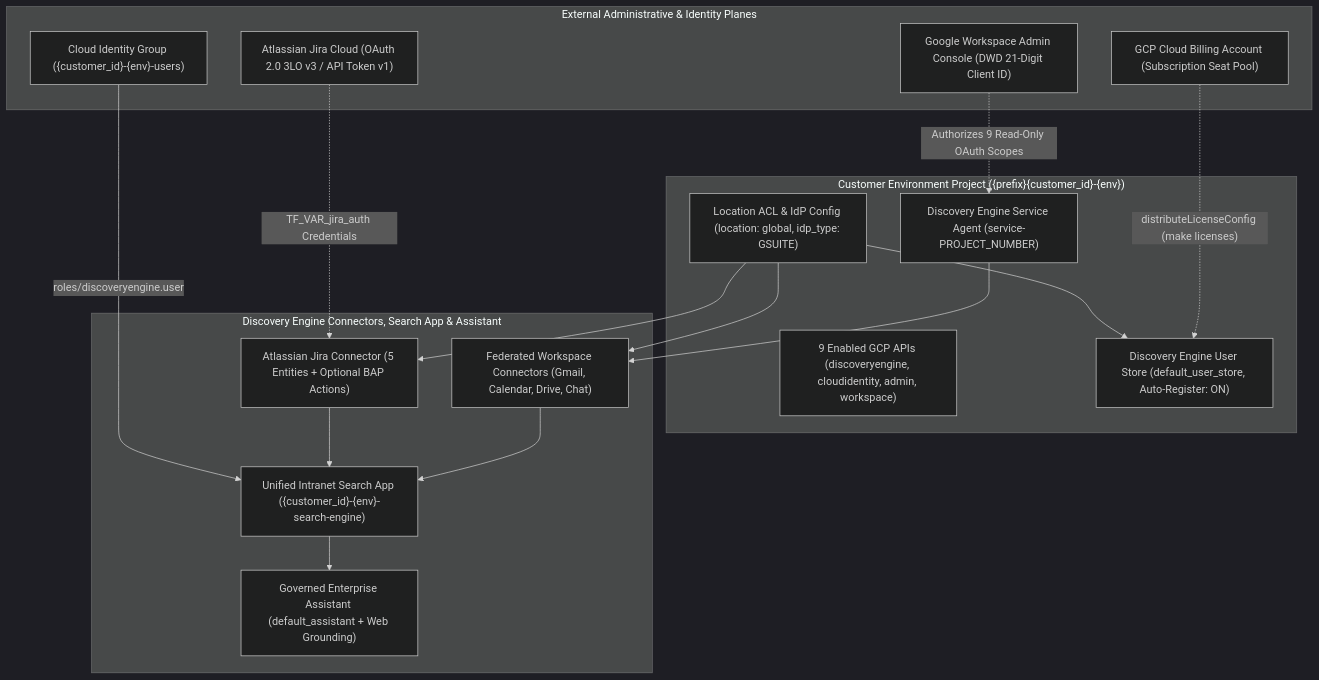
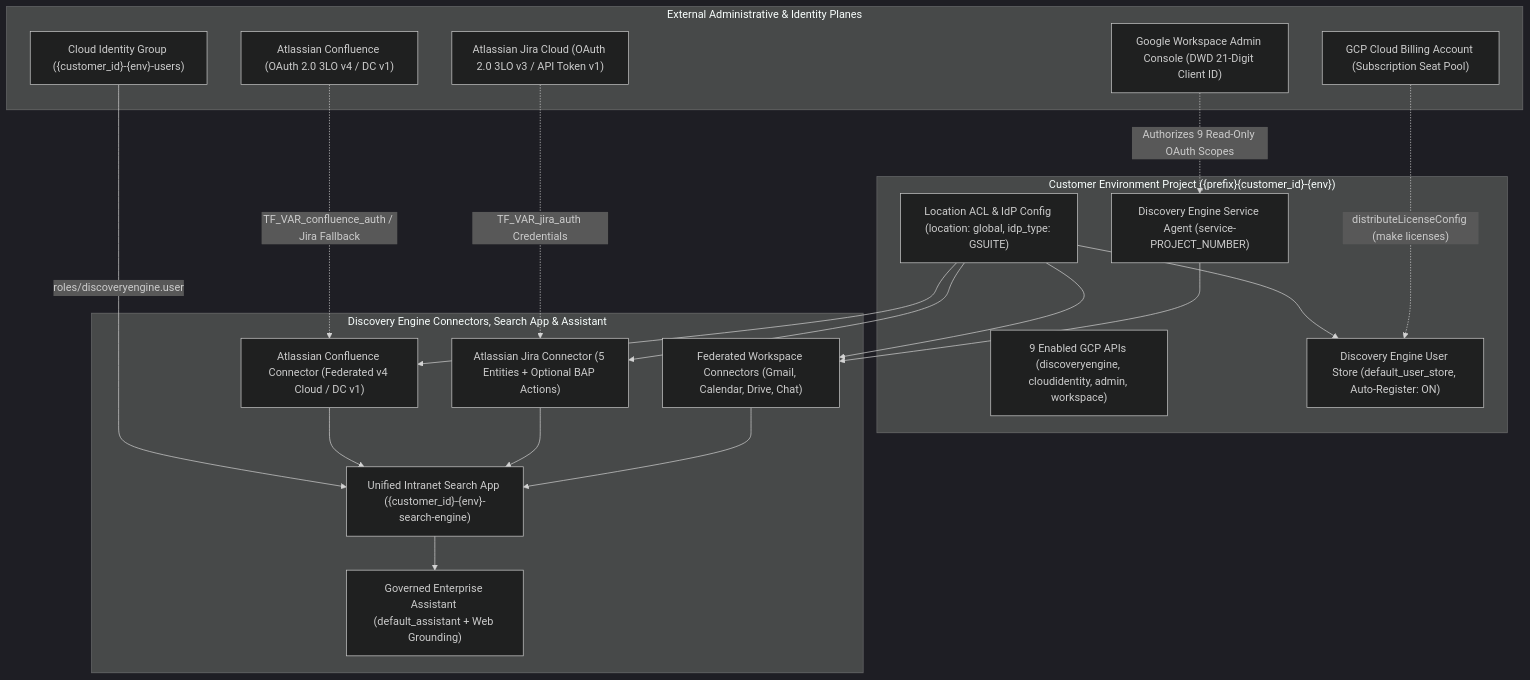
Before and after one commit to pedroccorreia/gemini-prism: the first of 3 diagrams in PRACTITIONERS_GUIDE.md, drawn with Mermaid (dark theme). The commit also changed other lines of this file and 13 other files, not shown here.

Commit message:
feat(connector): add Atlassian Confluence federated data connector

````diff
--- a/PRACTITIONERS_GUIDE.md
+++ b/PRACTITIONERS_GUIDE.md
@@ -17,35 +17,40 @@
 ```mermaid
 flowchart TD
   subgraph AdminPlanes["External Administrative & Identity Planes"]
     WSGroup["Cloud Identity Group ({customer_id}-{env}-users)"]
     WSAdmin["Google Workspace Admin Console (DWD 21-Digit Client ID)"]
     JiraCloud["Atlassian Jira Cloud (OAuth 2.0 3LO v3 / API Token v1)"]
+    ConfluenceCloud["Atlassian Confluence (OAuth 2.0 3LO v4 / DC v1)"]
     BillingPool["GCP Cloud Billing Account (Subscription Seat Pool)"]
   end
 
   subgraph GCPProject["Customer Environment Project ({prefix}{customer_id}-{env})"]
     APIs["9 Enabled GCP APIs (discoveryengine, cloudidentity, admin, workspace)"]
     SAgent["Discovery Engine Service Agent (service-PROJECT_NUMBER)"]
     ACL["Location ACL & IdP Config (location: global, idp_type: GSUITE)"]
     UStore["Discovery Engine User Store (default_user_store, Auto-Register: ON)"]
   end
 
   subgraph DataAndApps["Discovery Engine Connectors, Search App & Assistant"]
     WSConns["Federated Workspace Connectors (Gmail, Calendar, Drive, Chat)"]
     JiraConn["Atlassian Jira Connector (5 Entities + Optional BAP Actions)"]
+    ConfluenceConn["Atlassian Confluence Connector (Federated v4 Cloud / DC v1)"]
     Engine["Unified Intranet Search App ({customer_id}-{env}-search-engine)"]
     Assistant["Governed Enterprise Assistant (default_assistant + Web Grounding)"]
   end
 
   WSAdmin -.->|"Authorizes 9 Read-Only OAuth Scopes"| SAgent
   JiraCloud -.->|"TF_VAR_jira_auth Credentials"| JiraConn
+  ConfluenceCloud -.->|"TF_VAR_confluence_auth / Jira Fallback"| ConfluenceConn
   BillingPool -.->|"distributeLicenseConfig (make licenses)"| UStore
   SAgent --> WSConns
   ACL --> UStore
   ACL --> WSConns
   ACL --> JiraConn
+  ACL --> ConfluenceConn
   WSConns --> Engine
   JiraConn --> Engine
+  ConfluenceConn --> Engine
   Engine --> Assistant
   WSGroup -->|"roles/discoveryengine.user"| Engine
 ```
````
